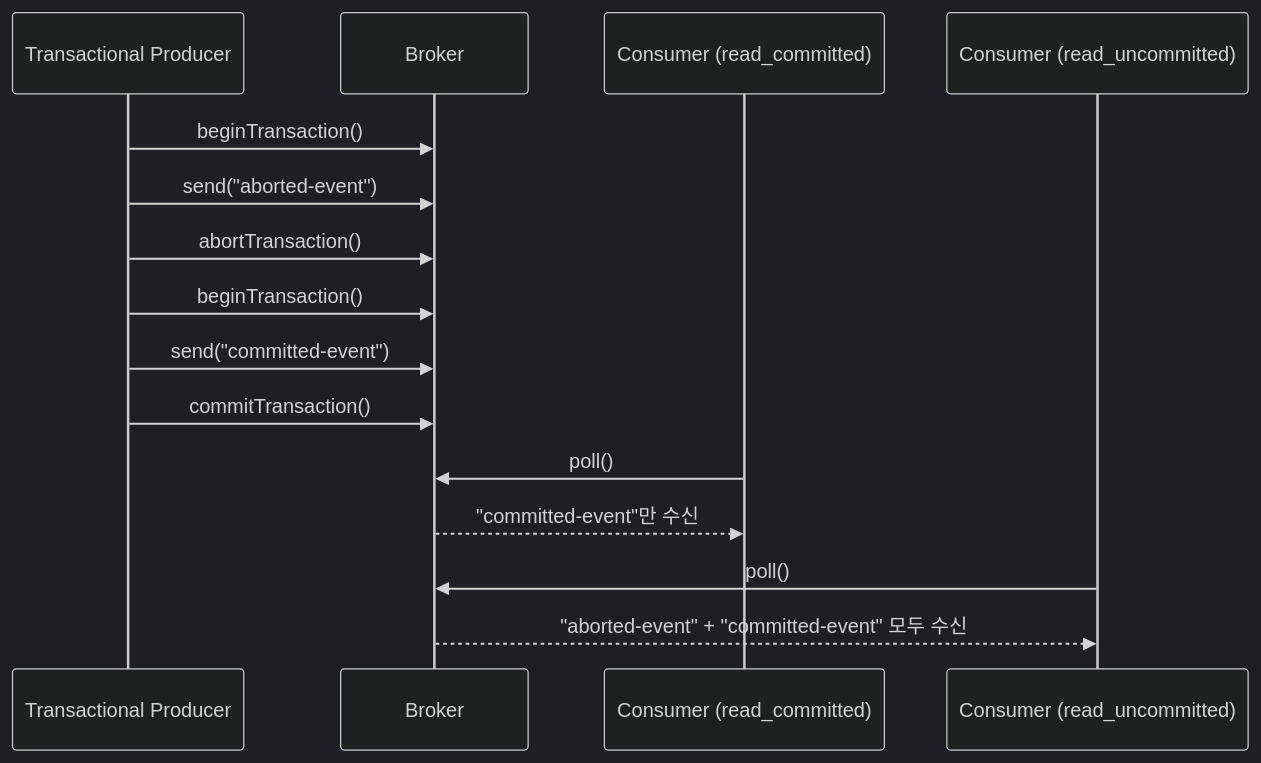
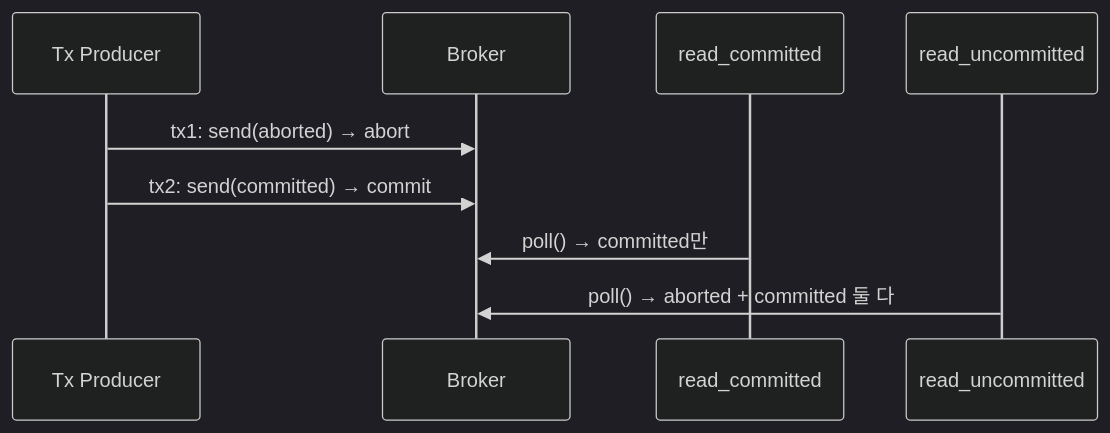
The second of 3 diagrams in docs/book/2-spring/06-eos-transactions.md (ghtjr410/kafka-lab), drawn with Mermaid (dark theme) before and after one commit. The commit also changed other lines of this file and 1 other file, not shown here.

````diff
--- a/docs/book/2-spring/06-eos-transactions.md
+++ b/docs/book/2-spring/06-eos-transactions.md
@@ -97,21 +43,11 @@
 ```mermaid
 sequenceDiagram
-    participant P as Transactional Producer
+    participant P as Tx Producer
     participant B as Broker
-    participant C1 as Consumer (read_committed)
-    participant C2 as Consumer (read_uncommitted)
-
-    P->>B: beginTransaction()
-    P->>B: send("aborted-event")
-    P->>B: abortTransaction()
-
-    P->>B: beginTransaction()
-    P->>B: send("committed-event")
-    P->>B: commitTransaction()
-
-    C1->>B: poll()
-    B-->>C1: "committed-event"만 수신
-
-    C2->>B: poll()
-    B-->>C2: "aborted-event" + "committed-event" 모두 수신
+    participant C1 as read_committed
+    participant C2 as read_uncommitted
+    P->>B: tx1: send(aborted) → abort
+    P->>B: tx2: send(committed) → commit
+    C1->>B: poll() → committed만
+    C2->>B: poll() → aborted + committed 둘 다
 ```
````
